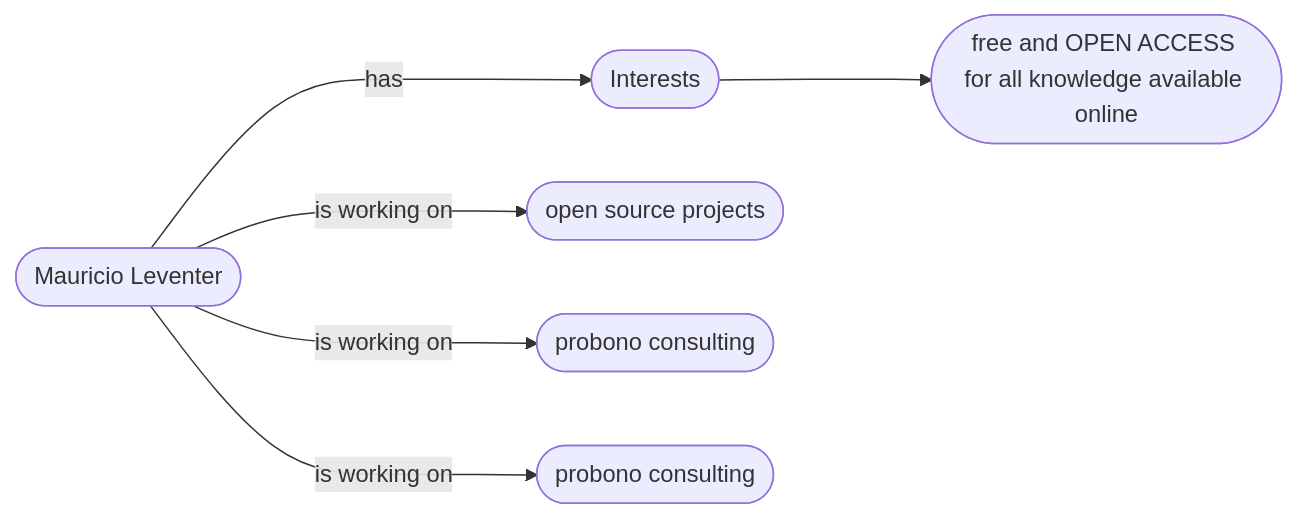
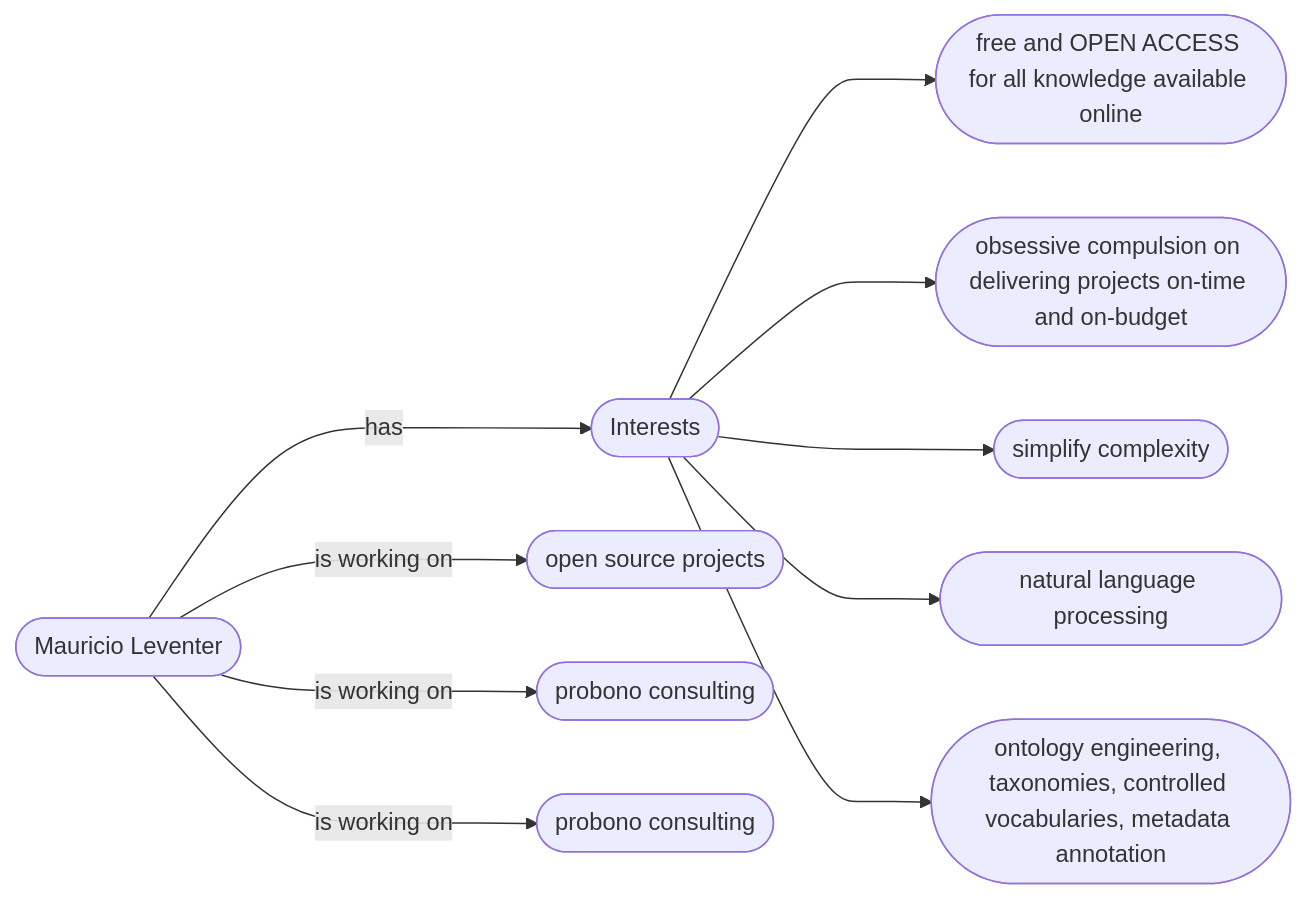
The diagram in README.md (mleventer/mleventer), drawn with Mermaid before and after one commit.

````diff
--- a/README.md
+++ b/README.md
@@ -4,8 +4,12 @@
 ```mermaid
 flowchart LR
     A([Mauricio Leventer]) --->|has| B([Interests])
-    B ---> I1([free and OPEN ACCESS for all knowledge available online]) 
+    B ---> I1([free and OPEN ACCESS for all knowledge available online])
+    B ---> I2([obsessive compulsion on delivering projects on-time and on-budget])
+    B ---> I3([simplify complexity]) 
+    B ---> I4([natural language processing])
+    B ---> I5([ontology engineering, taxonomies, controlled vocabularies, metadata annotation])   
     A --->| is working on | C1([open source projects])
     A --->| is working on | C2([probono consulting])
     A --->| is working on | C3([probono consulting])
 ```
````
